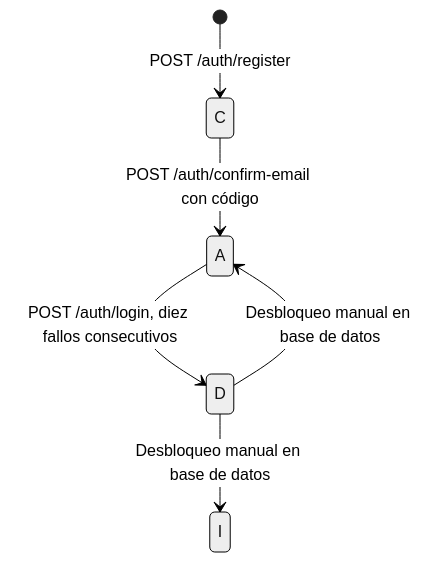
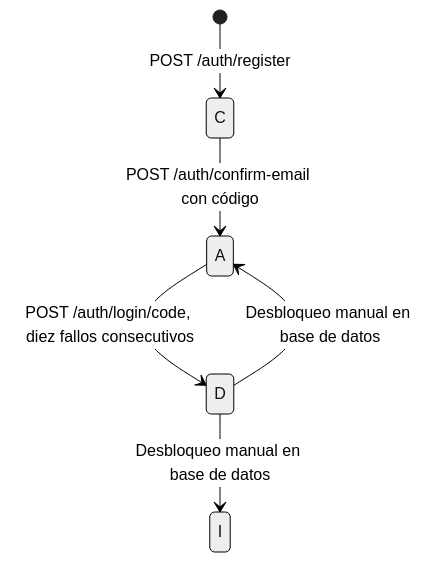
Before and after one commit to CesarLopezPeriferiaIT/Back_FVL_Login: the fourth of 4 diagrams in docs/flujo-aplicacion-movil.md, drawn with Mermaid (neutral theme). The commit also changed other lines of this file and 3 other files, not shown here.

First line of the commit message:
docs(auth): document the OTP login flow

````diff
--- a/docs/flujo-aplicacion-movil.md
+++ b/docs/flujo-aplicacion-movil.md
@@ -99,8 +105,8 @@
 ```mermaid
 stateDiagram-v2
     [*] --> C: POST /auth/register
     C --> A: POST /auth/confirm-email con código
-    A --> D: POST /auth/login, diez fallos consecutivos
+    A --> D: POST /auth/login/code, diez fallos consecutivos
     D --> A: Desbloqueo manual en base de datos
     D --> I: Desbloqueo manual en base de datos
 ```
````
